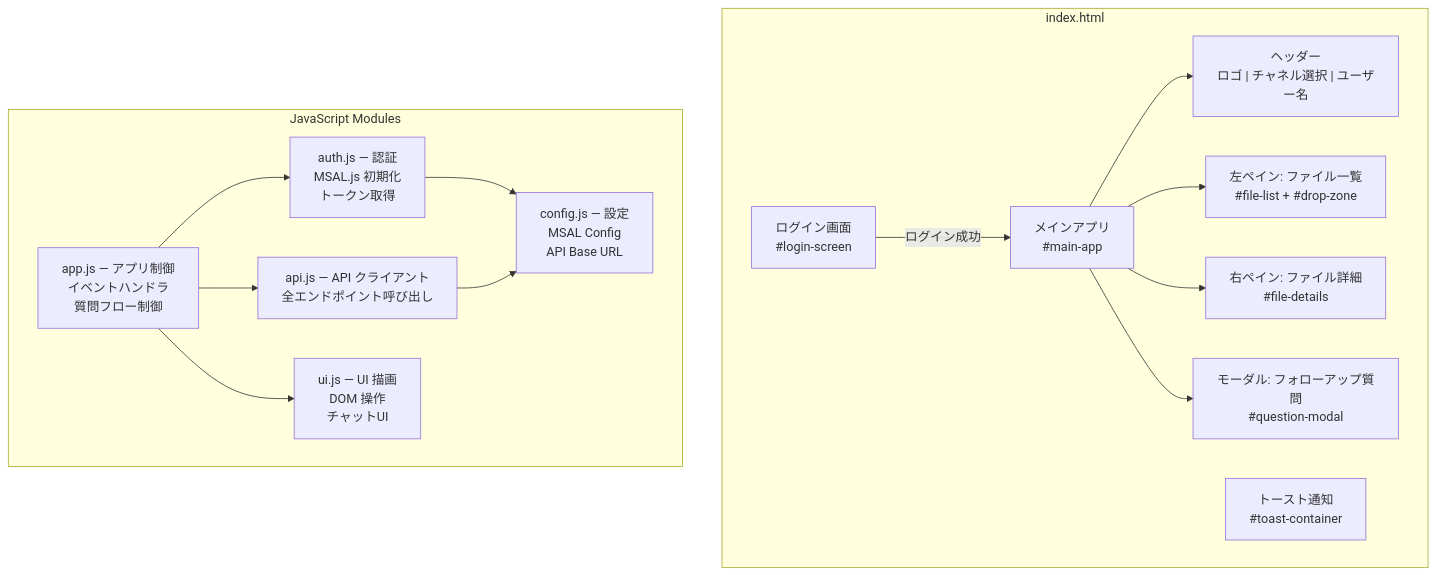
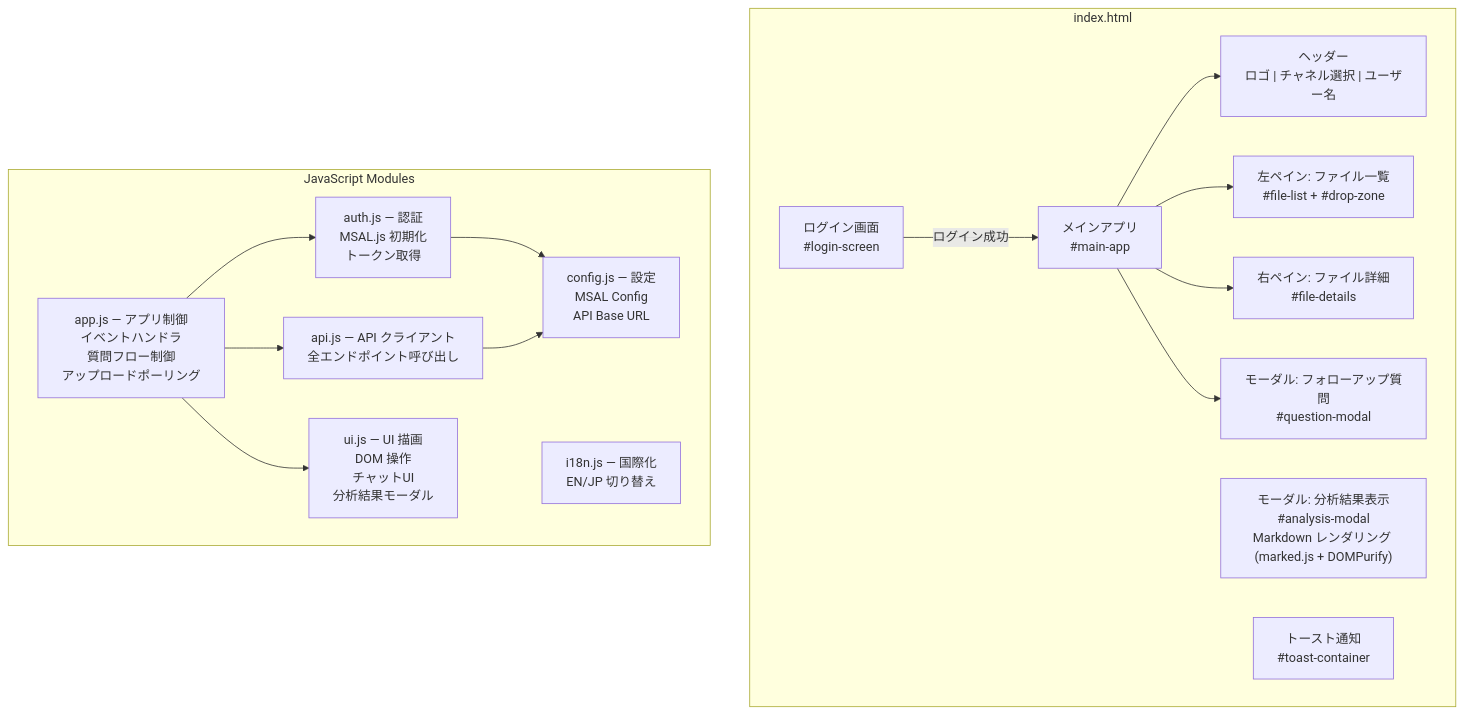
Diagram 19 of 20 in docs/ARCHITECTURE.md (hatasaki/Manufacturing-Intelligent-Document-Management), drawn with Mermaid before and after one commit. The commit also changed other lines of this file and 11 other files, not shown here.

````diff
--- a/docs/ARCHITECTURE.md
+++ b/docs/ARCHITECTURE.md
@@ -648,31 +659,33 @@
 ```mermaid
 graph TD
     subgraph "index.html"
         LOGIN["ログイン画面<br/>#login-screen"]
         MAIN["メインアプリ<br/>#main-app"]
         HEADER["ヘッダー<br/>ロゴ | チャネル選択 | ユーザー名"]
         LEFT["左ペイン: ファイル一覧<br/>#file-list + #drop-zone"]
         RIGHT["右ペイン: ファイル詳細<br/>#file-details"]
         MODAL["モーダル: フォローアップ質問<br/>#question-modal"]
+        ANALYSIS_MODAL["モーダル: 分析結果表示<br/>#analysis-modal<br/>Markdown レンダリング (marked.js + DOMPurify)"]
         TOAST["トースト通知<br/>#toast-container"]
     end
 
     subgraph "JavaScript Modules"
-        APP_JS["app.js — アプリ制御<br/>イベントハンドラ<br/>質問フロー制御"]
+        APP_JS["app.js — アプリ制御<br/>イベントハンドラ<br/>質問フロー制御<br/>アップロードポーリング"]
         AUTH_JS["auth.js — 認証<br/>MSAL.js 初期化<br/>トークン取得"]
         API_JS["api.js — API クライアント<br/>全エンドポイント呼び出し"]
-        UI_JS["ui.js — UI 描画<br/>DOM 操作<br/>チャットUI"]
+        UI_JS["ui.js — UI 描画<br/>DOM 操作<br/>チャットUI<br/>分析結果モーダル"]
         CONFIG_JS["config.js — 設定<br/>MSAL Config<br/>API Base URL"]
+        I18N_JS["i18n.js — 国際化<br/>EN/JP 切り替え"]
     end
 
     LOGIN -->|"ログイン成功"| MAIN
     MAIN --> HEADER
     MAIN --> LEFT
     MAIN --> RIGHT
     MAIN --> MODAL
     APP_JS --> AUTH_JS
     APP_JS --> API_JS
     APP_JS --> UI_JS
     AUTH_JS --> CONFIG_JS
     API_JS --> CONFIG_JS
 ```
````
